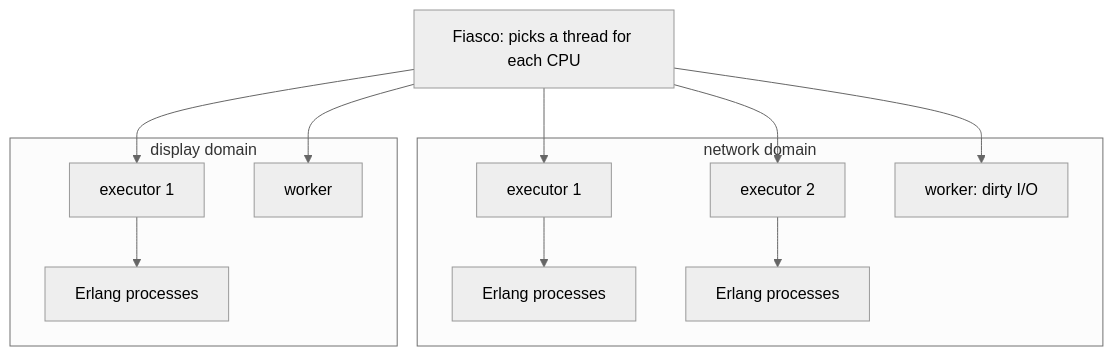
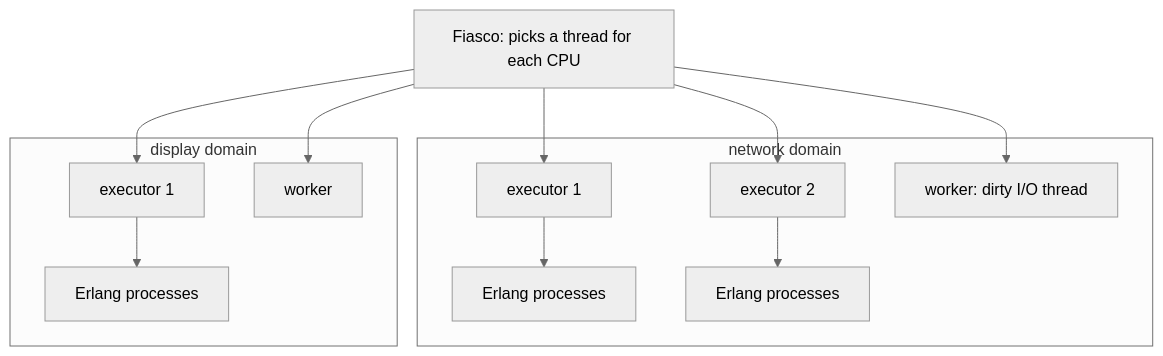
One commit to nshkrdotcom/erXos changed the first of 3 diagrams in docs/book/09-processes.md. Above: the diagram before and after it, drawn with Mermaid (neutral theme). The commit also changed other lines of this file, not shown here.

````diff
--- a/docs/book/09-processes.md
+++ b/docs/book/09-processes.md
@@ -121,18 +102,18 @@
 ```mermaid
 flowchart TB
     F[Fiasco: picks a thread for each CPU]
     subgraph D1[network domain]
         E1[executor 1] --> P1[Erlang processes]
         E2[executor 2] --> P2[Erlang processes]
-        W1[worker: dirty I/O]
+        W1[worker: dirty I/O thread]
     end
     subgraph D2[display domain]
         E3[executor 1] --> P3[Erlang processes]
         W2[worker]
     end
     F --> E1
     F --> E2
     F --> W1
     F --> E3
     F --> W2
 ```
````
